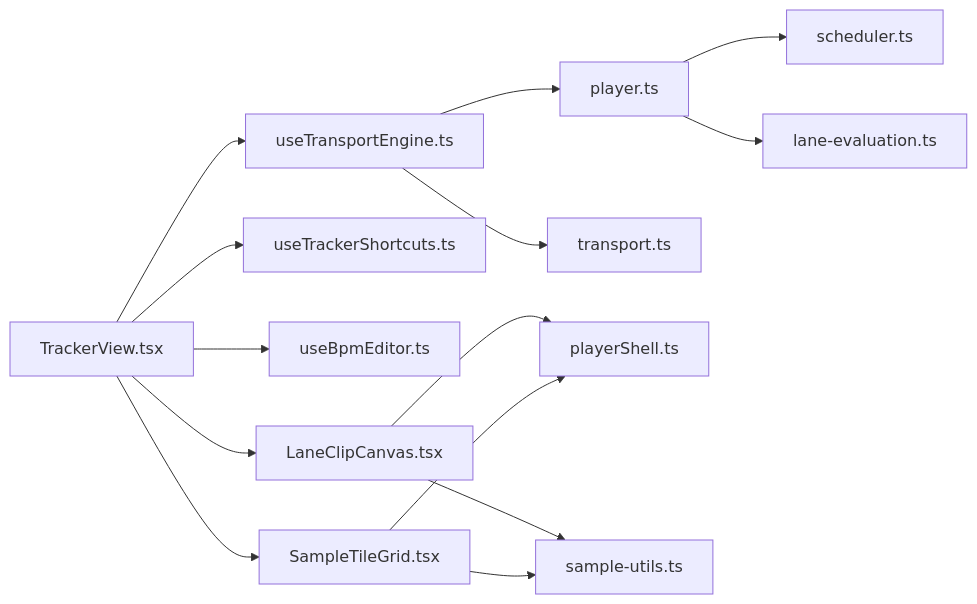
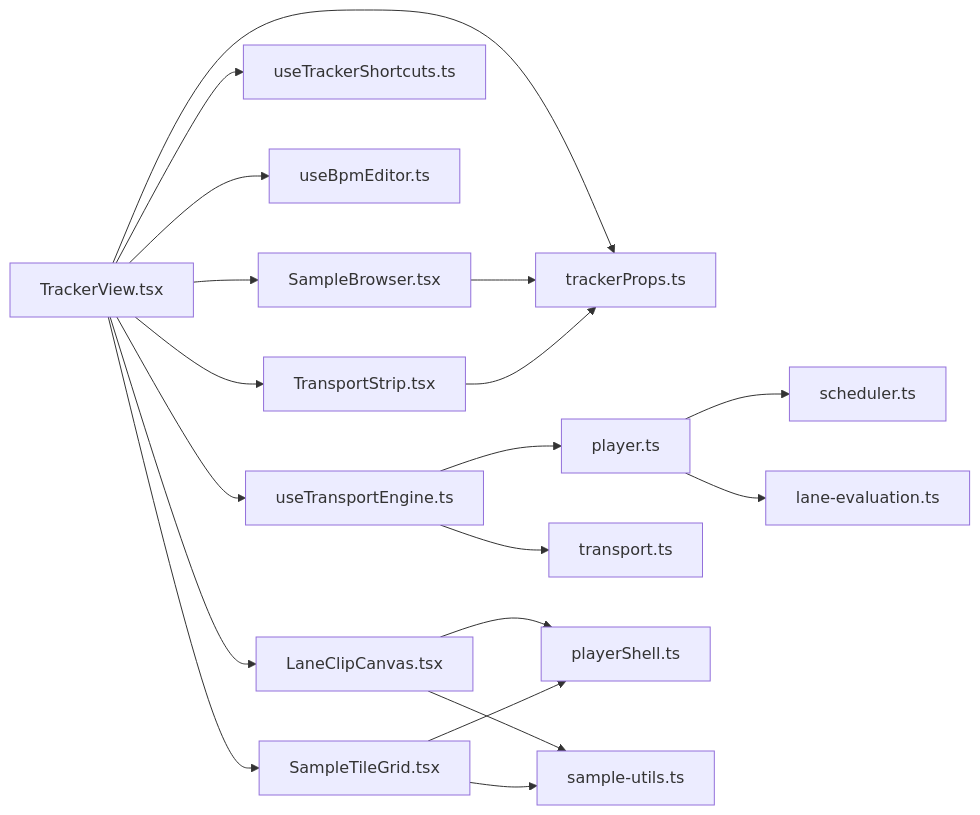
The seventh of 7 diagrams in .qoder/repowiki/en/content/Core Components/Tracker View Enhancements.md (satyrlord/mixjam-electron), drawn with Mermaid before and after one commit. The commit also changed other lines of this file and 51 other files, not shown here.

````diff
--- a/.qoder/repowiki/en/content/Core Components/Tracker View Enhancements.md
+++ b/.qoder/repowiki/en/content/Core Components/Tracker View Enhancements.md
@@ -364,16 +525,21 @@
 ```mermaid
 graph LR
-TV["TrackerView.tsx"] --> UTE["useTransportEngine.ts"]
+TV["TrackerView.tsx"] --> TP["trackerProps.ts"]
+TV --> UTE["useTransportEngine.ts"]
 TV --> USK["useTrackerShortcuts.ts"]
 TV --> UBE["useBpmEditor.ts"]
 TV --> LCC["LaneClipCanvas.tsx"]
 TV --> STG["SampleTileGrid.tsx"]
+TV --> SB["SampleBrowser.tsx"]
+TV --> TS["TransportStrip.tsx"]
+SB --> TP
+TS --> TP
 UTE --> P["player.ts"]
 UTE --> TR["transport.ts"]
 P --> SCH["scheduler.ts"]
 P --> LE["lane-evaluation.ts"]
 LCC --> PS["playerShell.ts"]
 LCC --> SU["sample-utils.ts"]
 STG --> PS
 STG --> SU
 ```
````
